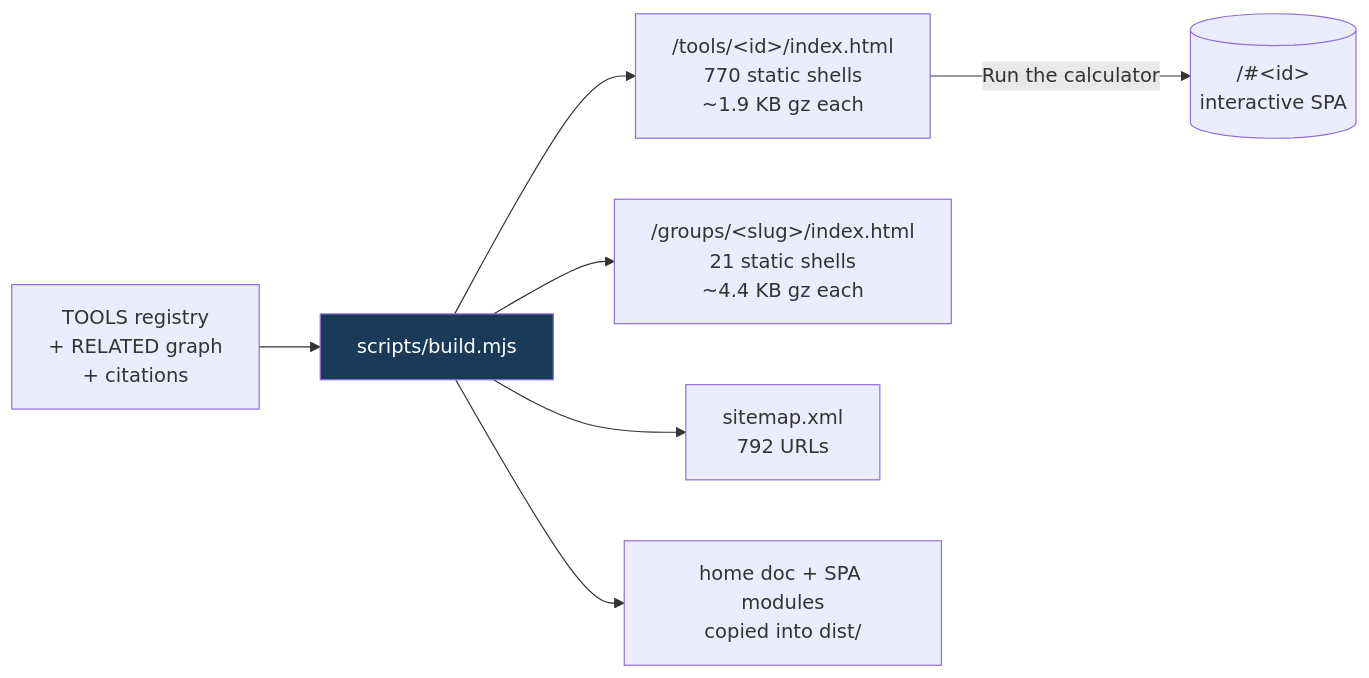
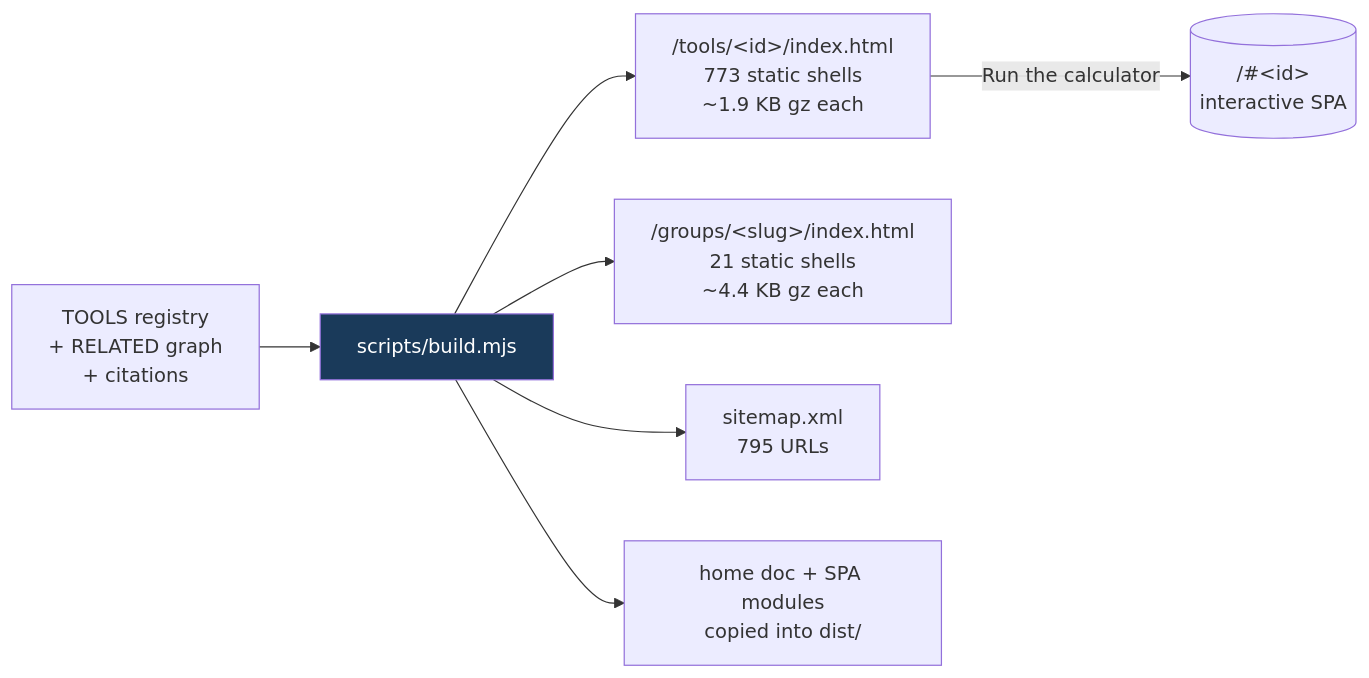
One commit to clay-good/roughlogic.com changed the fifth of 8 diagrams in README.md. Above: the diagram before and after it, drawn with Mermaid. The commit also changed other lines of this file and 18 other files, not shown here.

First line of the commit message:
feat(hydraulics): land spec-v302..v304 -- 3 site-hydraulics depth tiles (time-of-concentration, orifice-flow, channel-froude-number); 770 -> 773 tiles, 0.107.0

````diff
--- a/README.md
+++ b/README.md
@@ -495,10 +495,10 @@
 ```mermaid
 flowchart LR
     SRC[TOOLS registry\n+ RELATED graph\n+ citations] --> BUILD[scripts/build.mjs]
-    BUILD --> TILE["/tools/&lt;id&gt;/index.html\n770 static shells\n~1.9 KB gz each"]
+    BUILD --> TILE["/tools/&lt;id&gt;/index.html\n773 static shells\n~1.9 KB gz each"]
     BUILD --> GROUP["/groups/&lt;slug&gt;/index.html\n21 static shells\n~4.4 KB gz each"]
-    BUILD --> MAP["sitemap.xml\n792 URLs"]
+    BUILD --> MAP["sitemap.xml\n795 URLs"]
     BUILD --> COPY[home doc + SPA modules\ncopied into dist/]
     TILE -->|Run the calculator| SPA[("/#&lt;id&gt;\ninteractive SPA")]
     style BUILD fill:#1a3a5a,color:#fff
 ```
````
